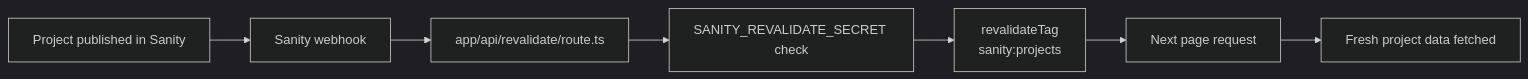
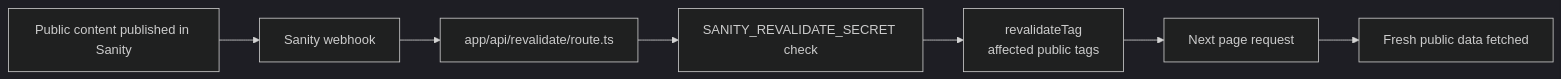
Before and after one commit to pinpointpinpoint/style-up-studio: the sixth of 6 diagrams in docs/data-fetching.md, drawn with Mermaid (dark theme). The commit also changed other lines of this file and 124 other files, not shown here.

````diff
--- a/docs/data-fetching.md
+++ b/docs/data-fetching.md
@@ -210,17 +218,17 @@
 ```mermaid
 flowchart LR
-    Publish[Project published in Sanity]
+    Publish[Public content published in Sanity]
     Webhook[Sanity webhook]
     Route[app/api/revalidate/route.ts]
     Secret[SANITY_REVALIDATE_SECRET check]
-    Tag[revalidateTag<br/>sanity:projects]
+    Tag[revalidateTag<br/>affected public tags]
     NextRequest[Next page request]
-    Fresh[Fresh project data fetched]
+    Fresh[Fresh public data fetched]
 
     Publish --> Webhook
     Webhook --> Route
     Route --> Secret
     Secret --> Tag
     Tag --> NextRequest
     NextRequest --> Fresh
 ```
````
